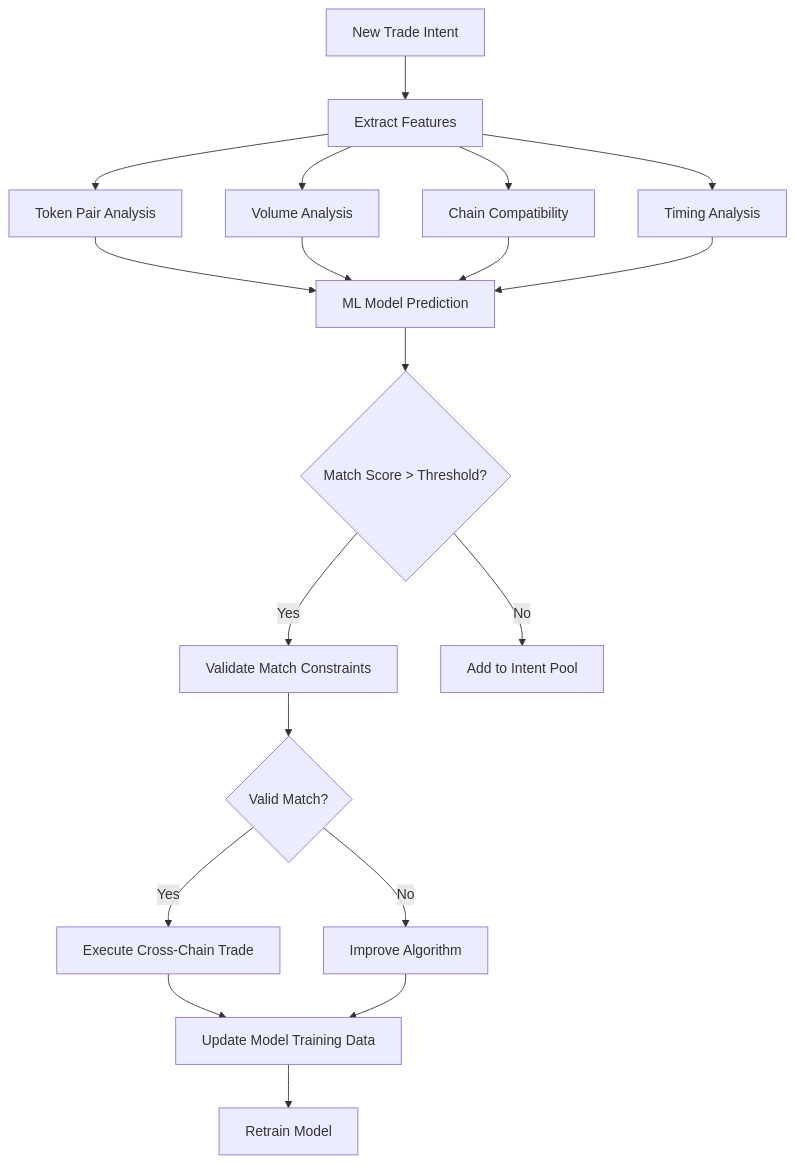
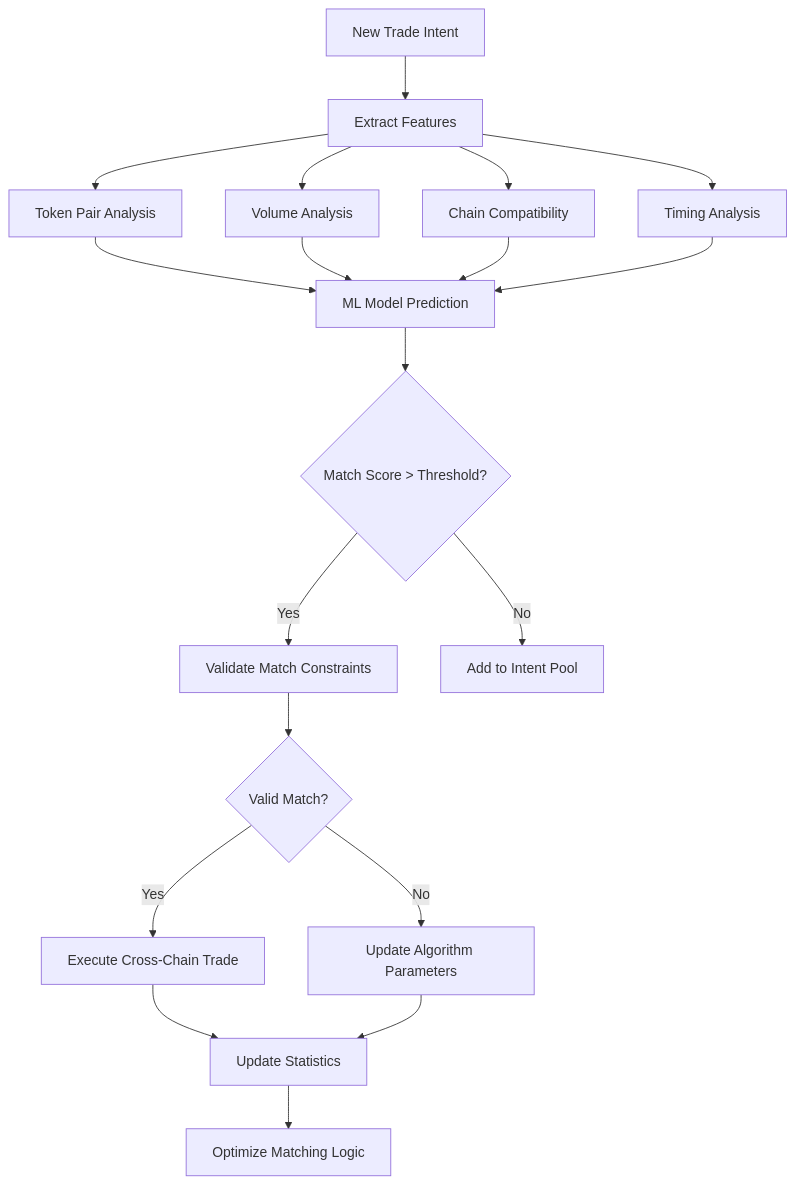
One commit to Najnomics/Eigen_CrossCoW changed the third of 3 diagrams in README.md. Above: the diagram before and after it, drawn with Mermaid. The commit also changed other lines of this file and 48 other files, not shown here.

````diff
--- a/README.md
+++ b/README.md
@@ -517,25 +517,25 @@
 ```mermaid
 flowchart TD
     A[New Trade Intent] --> B[Extract Features]
     B --> C[Token Pair Analysis]
     B --> D[Volume Analysis]
     B --> E[Chain Compatibility]
     B --> F[Timing Analysis]
     
     C --> G[ML Model Prediction]
     D --> G
     E --> G
     F --> G
     
     G --> H{Match Score > Threshold?}
     H -->|Yes| I[Validate Match Constraints]
     H -->|No| J[Add to Intent Pool]
     
     I --> K{Valid Match?}
     K -->|Yes| L[Execute Cross-Chain Trade]
-    K -->|No| M[Improve Algorithm]
+    K -->|No| M[Update Algorithm Parameters]
     
-    L --> N[Update Model Training Data]
+    L --> N[Update Statistics]
     M --> N
-    N --> O[Retrain Model]
+    N --> O[Optimize Matching Logic]
 ```
````
